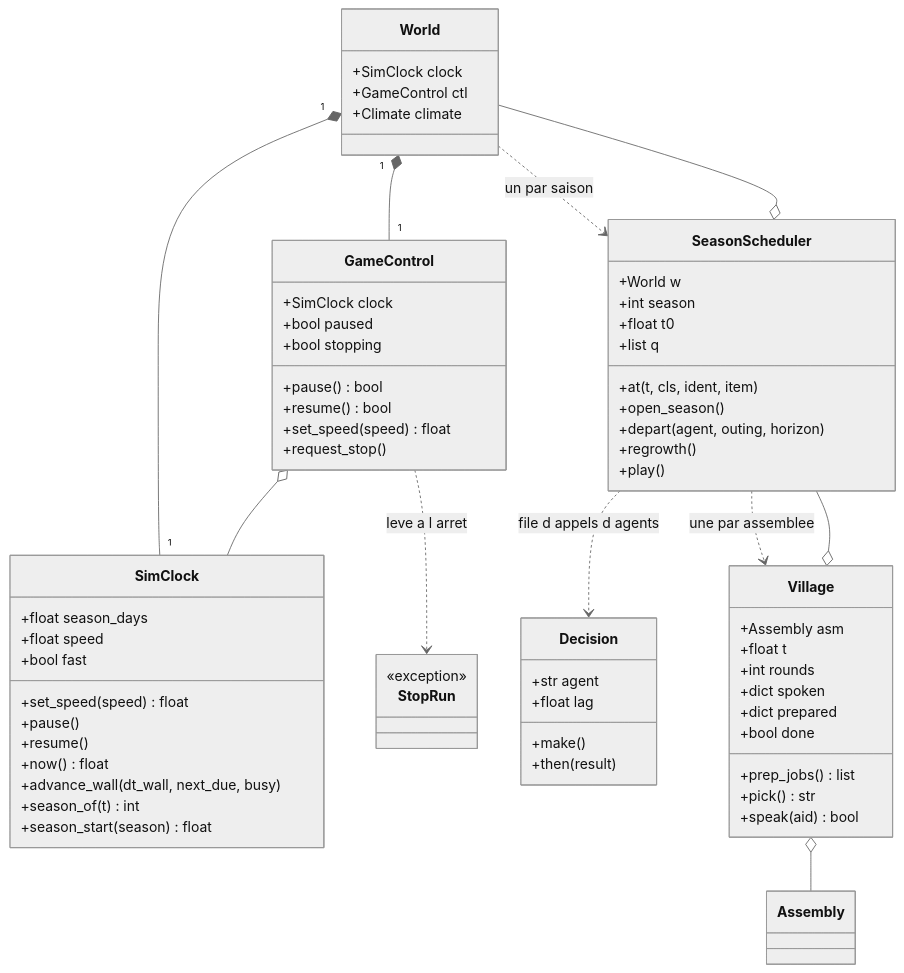
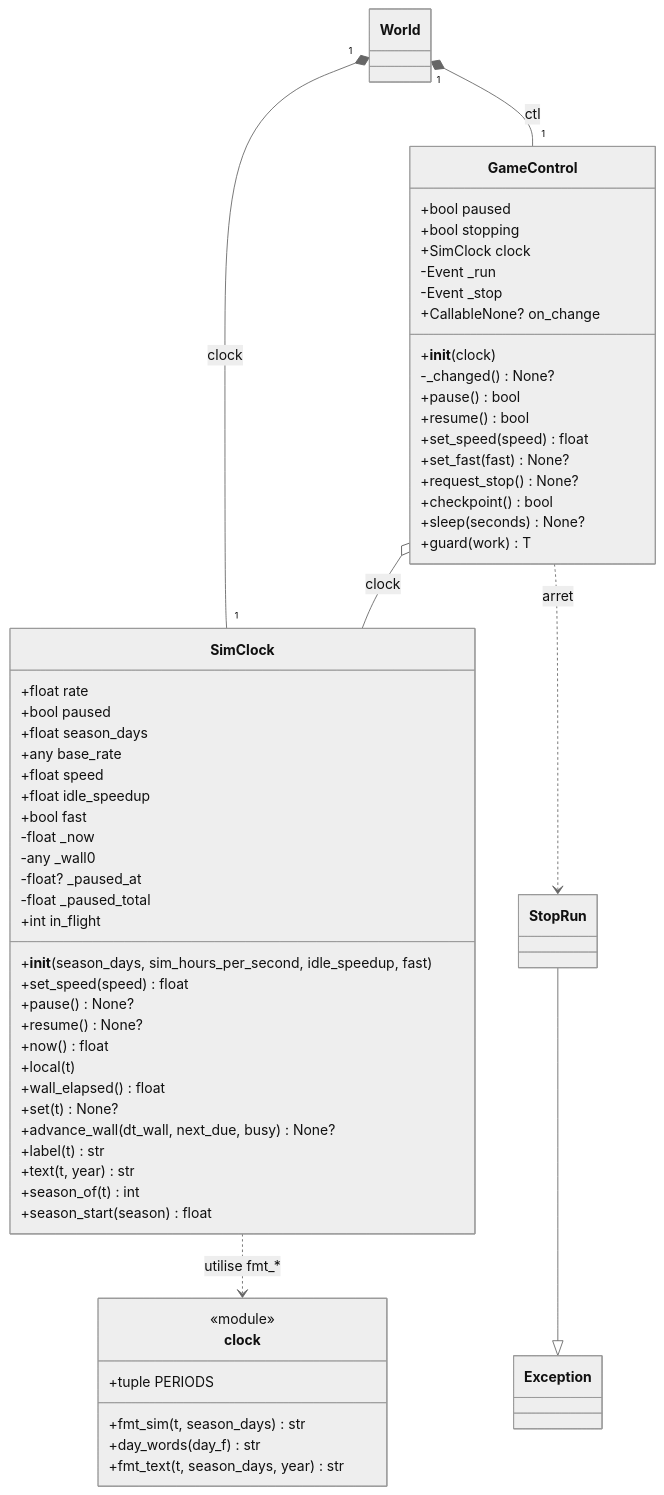
One commit to Romain-LM-Dev/Projet-Parcours---Filets-de-Vellmor changed diagram 13 of 14 in docs/uml/classes-monde.md. Above: the diagram before and after it, drawn with Mermaid (neutral theme). The commit also changed other lines of this file and 11 other files, not shown here.

Commit message:
Docs : diagrammes UML complets (97 : chaque classe avec tous ses attributs et méthodes, World et WorldView en vues par domaine, 8 scénarios en séquence et en communication, ~95 cas d'utilisation) ; index dans le README ; PDF régénéré (125 pages) et son script docs/uml/build_pdf.py

````diff
--- a/docs/uml/classes-monde.md
+++ b/docs/uml/classes-monde.md
@@ -145,72 +718,64 @@
 ```mermaid
 classDiagram
-    class World {
-        +SimClock clock
-        +GameControl ctl
-        +Climate climate
-    }
     class SimClock {
+        +float rate
+        +bool paused
         +float season_days
+        +any base_rate
         +float speed
+        +float idle_speedup
         +bool fast
+        -float _now
+        -any _wall0
+        -float? _paused_at
+        -float _paused_total
+        +int in_flight
+        +__init__(season_days, sim_hours_per_second, idle_speedup, fast)
         +set_speed(speed) float
-        +pause()
-        +resume()
+        +pause() None?
+        +resume() None?
         +now() float
-        +advance_wall(dt_wall, next_due, busy)
+        +local(t)
+        +wall_elapsed() float
+        +set(t) None?
+        +advance_wall(dt_wall, next_due, busy) None?
+        +label(t) str
+        +text(t, year) str
         +season_of(t) int
         +season_start(season) float
     }
     class GameControl {
-        +SimClock clock
         +bool paused
         +bool stopping
+        +SimClock clock
+        -Event _run
+        -Event _stop
+        +CallableNone? on_change
+        +__init__(clock)
+        -_changed() None?
         +pause() bool
         +resume() bool
         +set_speed(speed) float
-        +request_stop()
+        +set_fast(fast) None?
+        +request_stop() None?
+        +checkpoint() bool
+        +sleep(seconds) None?
+        +guard(work) T
     }
     class StopRun {
-        <<exception>>
     }
-    class SeasonScheduler {
-        +World w
-        +int season
-        +float t0
-        +list q
-        +at(t, cls, ident, item)
-        +open_season()
-        +depart(agent, outing, horizon)
-        +regrowth()
-        +play()
+    class clock {
+        <<module>>
+        +tuple PERIODS
+        +fmt_sim(t, season_days) str
+        +day_words(day_f) str
+        +fmt_text(t, season_days, year) str
     }
-    class Decision {
-        +str agent
-        +float lag
-        +make()
-        +then(result)
-    }
-    class Village {
-        +Assembly asm
-        +float t
-        +int rounds
-        +dict spoken
-        +dict prepared
-        +bool done
-        +prep_jobs() list
-        +pick() str
-        +speak(aid) bool
-    }
-    class Assembly
-
-    World "1" *-- "1" SimClock
-    World "1" *-- "1" GameControl
-    GameControl o-- SimClock
-    GameControl ..> StopRun : leve a l arret
-    World ..> SeasonScheduler : un par saison
-    SeasonScheduler o-- World
-    SeasonScheduler ..> Decision : file d appels d agents
-    SeasonScheduler ..> Village : une par assemblee
-    Village o-- Assembly
-    Village o-- SeasonScheduler
+    class World
+    World "1" *-- "1" SimClock : clock
+    World "1" *-- "1" GameControl : ctl
+    GameControl o-- SimClock : clock
+    GameControl ..> StopRun : arret
+    StopRun --|> Exception
+    SimClock ..> clock : utilise fmt_*
 ```
````
